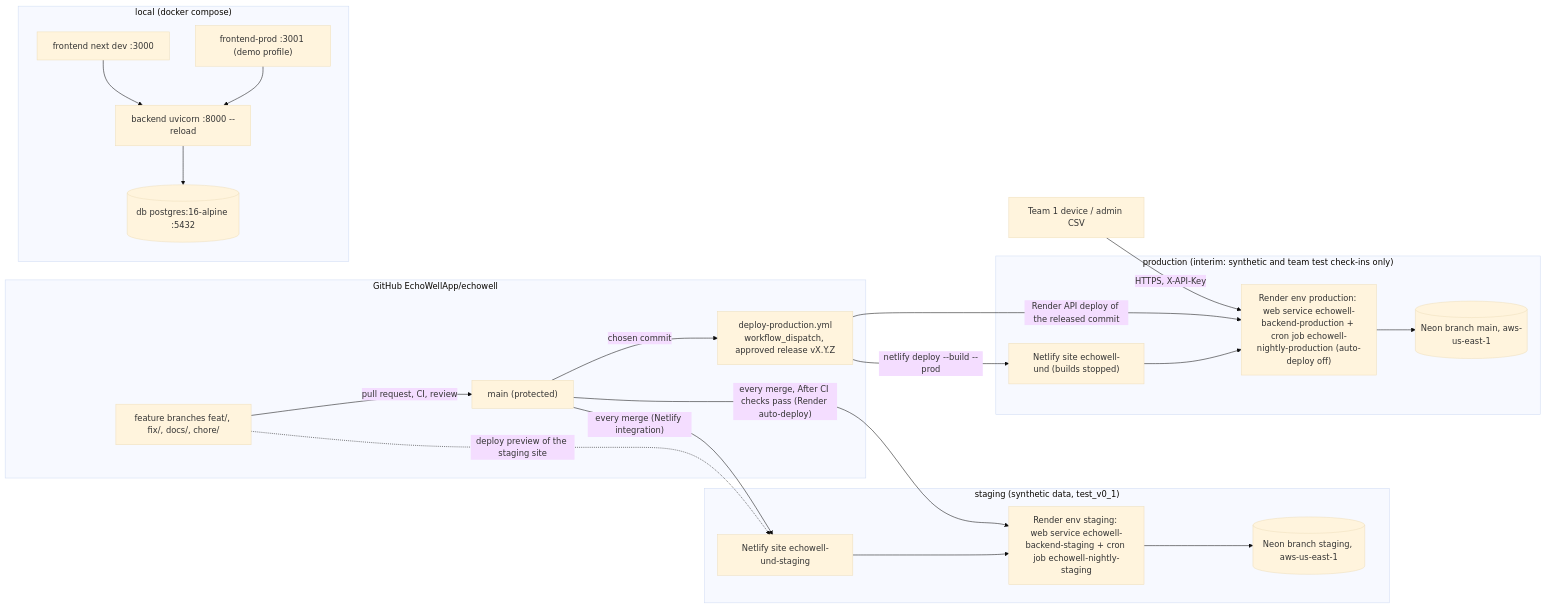
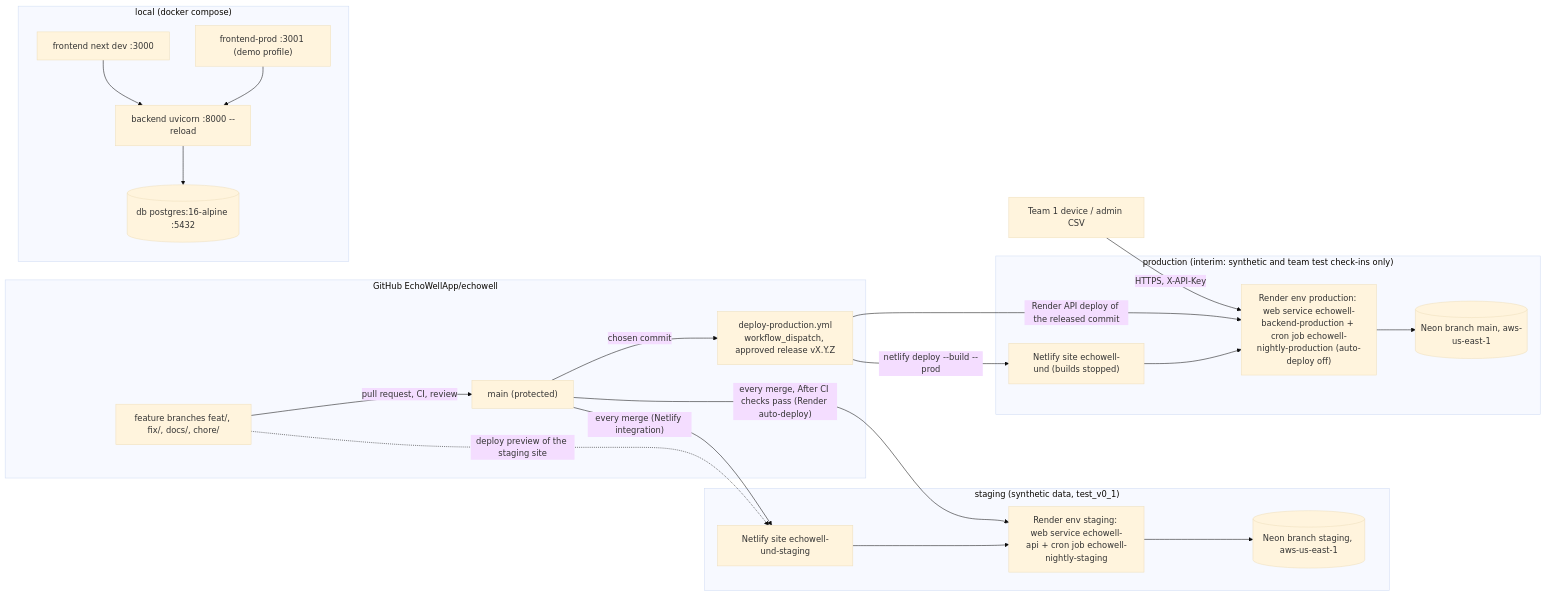
The first of 4 diagrams in docs/design/Deployment_Architecture.md (EchoWellApp/echowell), drawn with Mermaid (base theme) before and after one commit. The commit also changed other lines of this file and 12 other files, not shown here.

First line of the commit message:
PR #30 review: echowell-api is staging, region placeholder, Starter, confirmed Render behaviour, RSK-17 (D-154..D-158)

````diff
--- a/docs/design/Deployment_Architecture.md
+++ b/docs/design/Deployment_Architecture.md
@@ -22,36 +22,36 @@
 ```mermaid
 flowchart LR
   subgraph GH["GitHub EchoWellApp/echowell"]
     FB["feature branches feat/, fix/, docs/, chore/"]
     M["main (protected)"]
     REL["deploy-production.yml<br/>workflow_dispatch, approved release vX.Y.Z"]
   end
   subgraph LOCAL["local (docker compose)"]
     LDB[("db postgres:16-alpine :5432")]
     LBE["backend uvicorn :8000 --reload"]
     LFE["frontend next dev :3000"]
     LFP["frontend-prod :3001 (demo profile)"]
     LFE --> LBE --> LDB
     LFP --> LBE
   end
   subgraph STG["staging (synthetic data, test_v0_1)"]
     NS["Netlify site echowell-und-staging"]
-    RS["Render env staging: web service echowell-backend-staging + cron job echowell-nightly-staging"]
+    RS["Render env staging: web service echowell-api + cron job echowell-nightly-staging"]
     DS[("Neon branch staging, aws-us-east-1")]
     NS --> RS --> DS
   end
   subgraph PRD["production (interim: synthetic and team test check-ins only)"]
     NP["Netlify site echowell-und (builds stopped)"]
     RP["Render env production: web service echowell-backend-production + cron job echowell-nightly-production (auto-deploy off)"]
     DP[("Neon branch main, aws-us-east-1")]
     NP --> RP --> DP
   end
   FB -- "pull request, CI, review" --> M
   FB -. "deploy preview of the staging site" .-> NS
   M -- "every merge (Netlify integration)" --> NS
   M -- "every merge, After CI checks pass (Render auto-deploy)" --> RS
   M -- "chosen commit" --> REL
   REL -- "Render API deploy of the released commit" --> RP
   REL -- "netlify deploy --build --prod" --> NP
   DEV["Team 1 device / admin CSV"] -- "HTTPS, X-API-Key" --> RP
 ```
````
